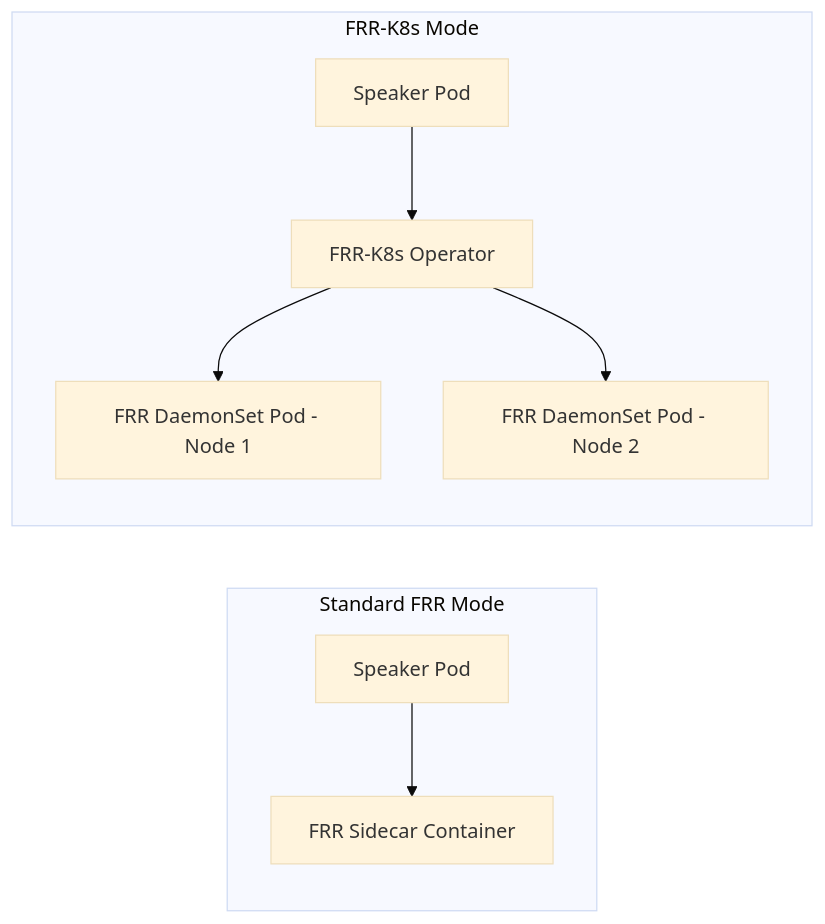
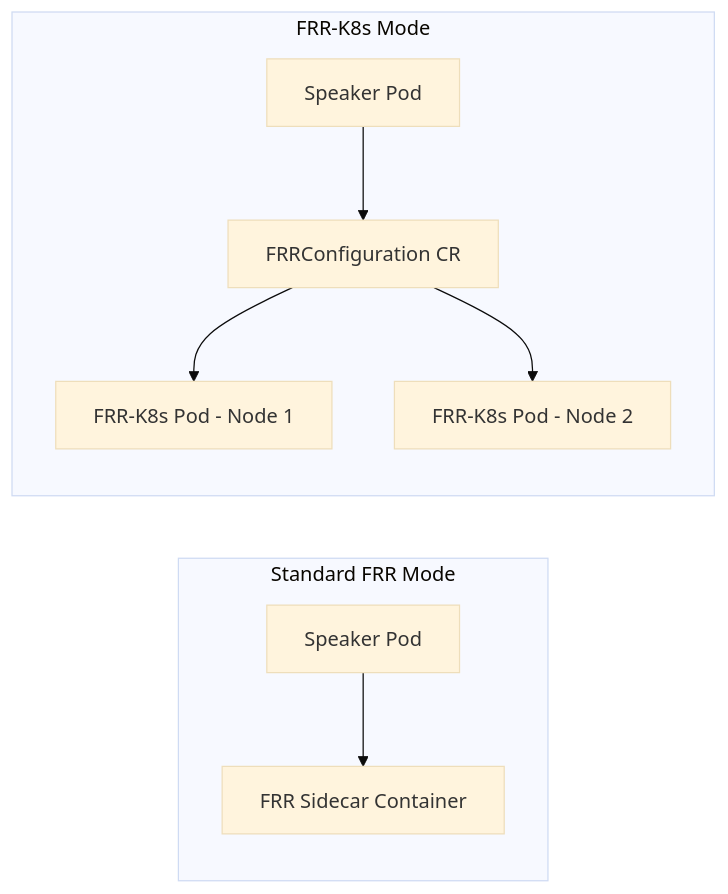
The first of 2 diagrams in posts/2026-02-20-metallb-bgp-frr-k8s-mode/README.md (OneUptime/blog), drawn with Mermaid (base theme) before and after one commit. The commit also changed other lines of this file and 2 other files, not shown here.

Commit message:
validate: 2026-02-20-metallb-bgp-frr-k8s-mode

````diff
--- a/posts/2026-02-20-metallb-bgp-frr-k8s-mode/README.md
+++ b/posts/2026-02-20-metallb-bgp-frr-k8s-mode/README.md
@@ -19,12 +19,12 @@
 ```mermaid
 graph LR
     subgraph Standard FRR Mode
         A1[Speaker Pod] --> A2[FRR Sidecar Container]
     end
 
     subgraph FRR-K8s Mode
-        B1[Speaker Pod] --> B2[FRR-K8s Operator]
-        B2 --> B3[FRR DaemonSet Pod - Node 1]
-        B2 --> B4[FRR DaemonSet Pod - Node 2]
+        B1[Speaker Pod] --> B2[FRRConfiguration CR]
+        B2 --> B3[FRR-K8s Pod - Node 1]
+        B2 --> B4[FRR-K8s Pod - Node 2]
     end
 ```
````
